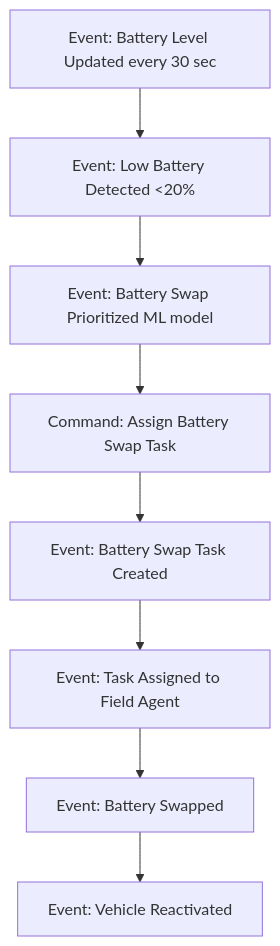
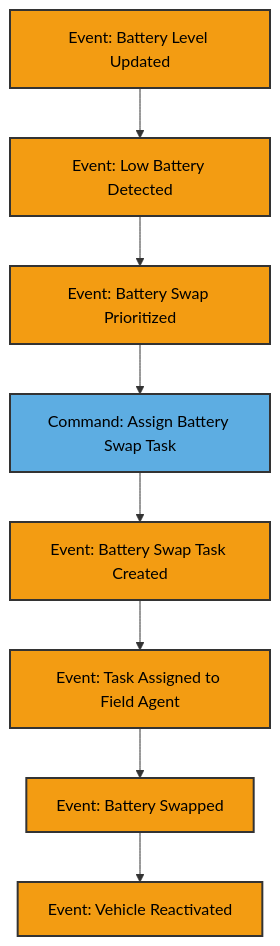
The seventh of 10 diagrams in EVENT_STORMING.md (SumoSumir/kata-na), drawn with Mermaid before and after one commit. The commit also changed other lines of this file and 4 other files, not shown here.

````diff
--- a/EVENT_STORMING.md
+++ b/EVENT_STORMING.md
@@ -120,10 +190,19 @@
 ```mermaid
 graph TD
-    E1[Event: Battery Level Updated every 30 sec] --> E2[Event: Low Battery Detected <20%]
-    E2 --> E3[Event: Battery Swap Prioritized ML model]
+    E1[Event: Battery Level Updated] --> E2[Event: Low Battery Detected]
+    E2 --> E3[Event: Battery Swap Prioritized]
     E3 --> CMD1[Command: Assign Battery Swap Task]
     CMD1 --> E4[Event: Battery Swap Task Created]
     E4 --> E5[Event: Task Assigned to Field Agent]
     E5 --> E6[Event: Battery Swapped]
     E6 --> E7[Event: Vehicle Reactivated]
+    
+    style E1 fill:#F39C12,stroke:#333,stroke-width:2px,color:#000
+    style E2 fill:#F39C12,stroke:#333,stroke-width:2px,color:#000
+    style E3 fill:#F39C12,stroke:#333,stroke-width:2px,color:#000
+    style CMD1 fill:#5DADE2,stroke:#333,stroke-width:2px,color:#000
+    style E4 fill:#F39C12,stroke:#333,stroke-width:2px,color:#000
+    style E5 fill:#F39C12,stroke:#333,stroke-width:2px,color:#000
+    style E6 fill:#F39C12,stroke:#333,stroke-width:2px,color:#000
+    style E7 fill:#F39C12,stroke:#333,stroke-width:2px,color:#000
 ```
````
